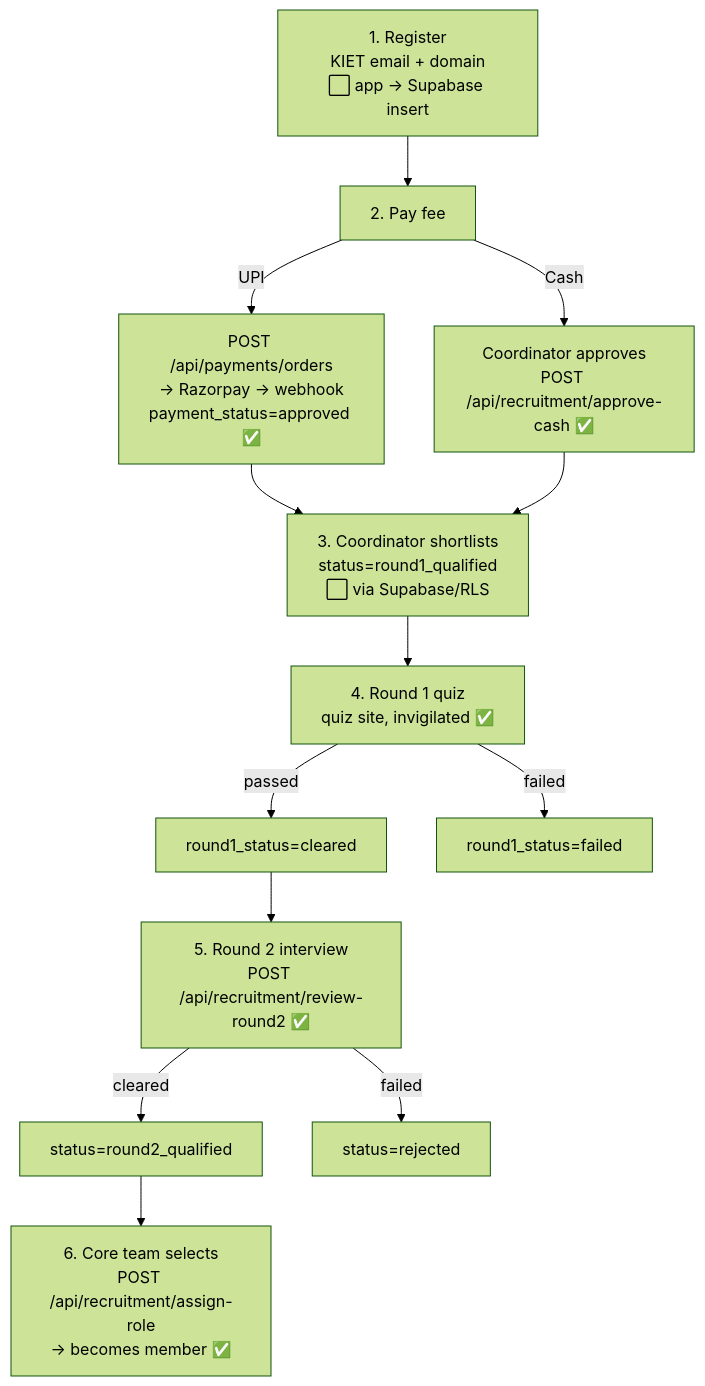
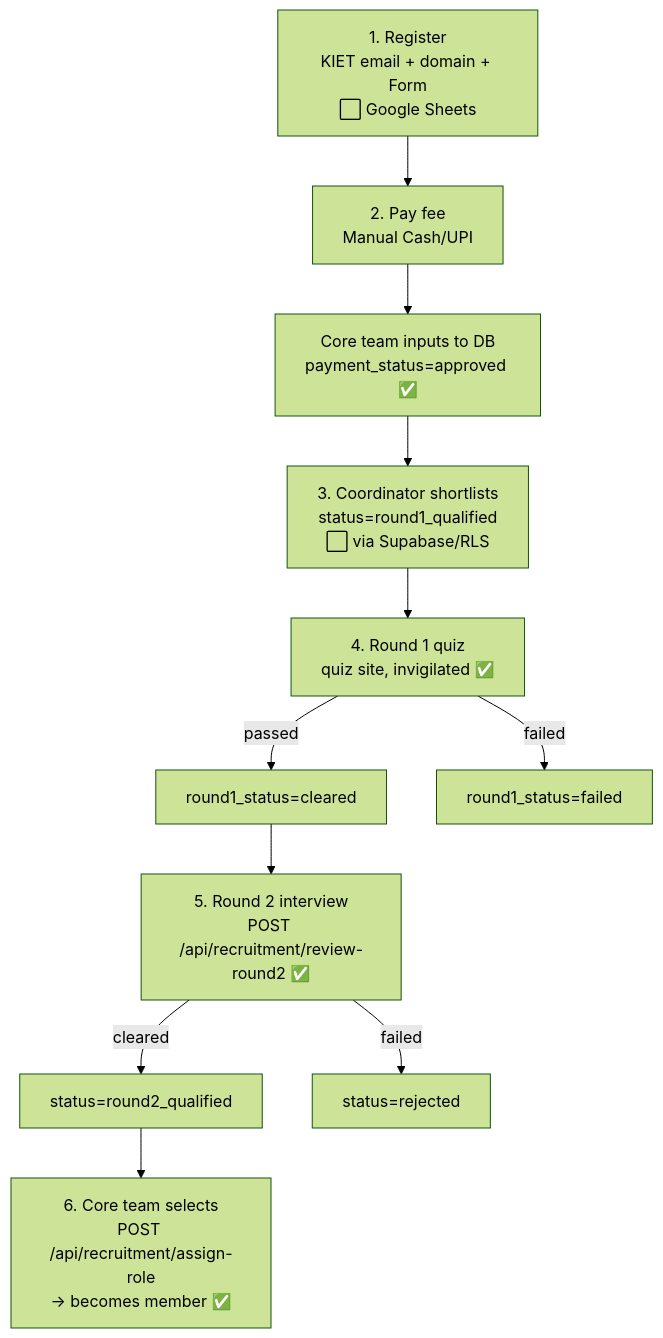
One commit to mahakaal2005/Innogeeks changed the third of 7 diagrams in docs/10_USER_FLOWS.md. Above: the diagram before and after it, drawn with Mermaid (forest theme). The commit also changed other lines of this file and 54 other files, not shown here.

````diff
--- a/docs/10_USER_FLOWS.md
+++ b/docs/10_USER_FLOWS.md
@@ -108,15 +106,14 @@
 ```mermaid
 flowchart TD
-    R[1. Register<br/>KIET email + domain<br/>⬜ app → Supabase insert] --> P[2. Pay fee]
-    P -->|UPI| U[POST /api/payments/orders<br/>→ Razorpay → webhook<br/>payment_status=approved ✅]
-    P -->|Cash| K[Coordinator approves<br/>POST /api/recruitment/approve-cash ✅]
+    R[1. Register<br/>KIET email + domain + Form<br/>⬜ Google Sheets] --> P[2. Pay fee<br/>Manual Cash/UPI]
+    P --> U[Core team inputs to DB<br/>payment_status=approved ✅]
     U --> S[3. Coordinator shortlists<br/>status=round1_qualified<br/>⬜ via Supabase/RLS]
-    K --> S
+
     S --> Q[4. Round 1 quiz<br/>quiz site, invigilated ✅]
     Q -->|passed| C1[round1_status=cleared]
     Q -->|failed| F1[round1_status=failed]
     C1 --> R2[5. Round 2 interview<br/>POST /api/recruitment/review-round2 ✅]
     R2 -->|cleared| Q2[status=round2_qualified]
     R2 -->|failed| X[status=rejected]
     Q2 --> SEL[6. Core team selects<br/>POST /api/recruitment/assign-role<br/>→ becomes member ✅]
 ```
````
